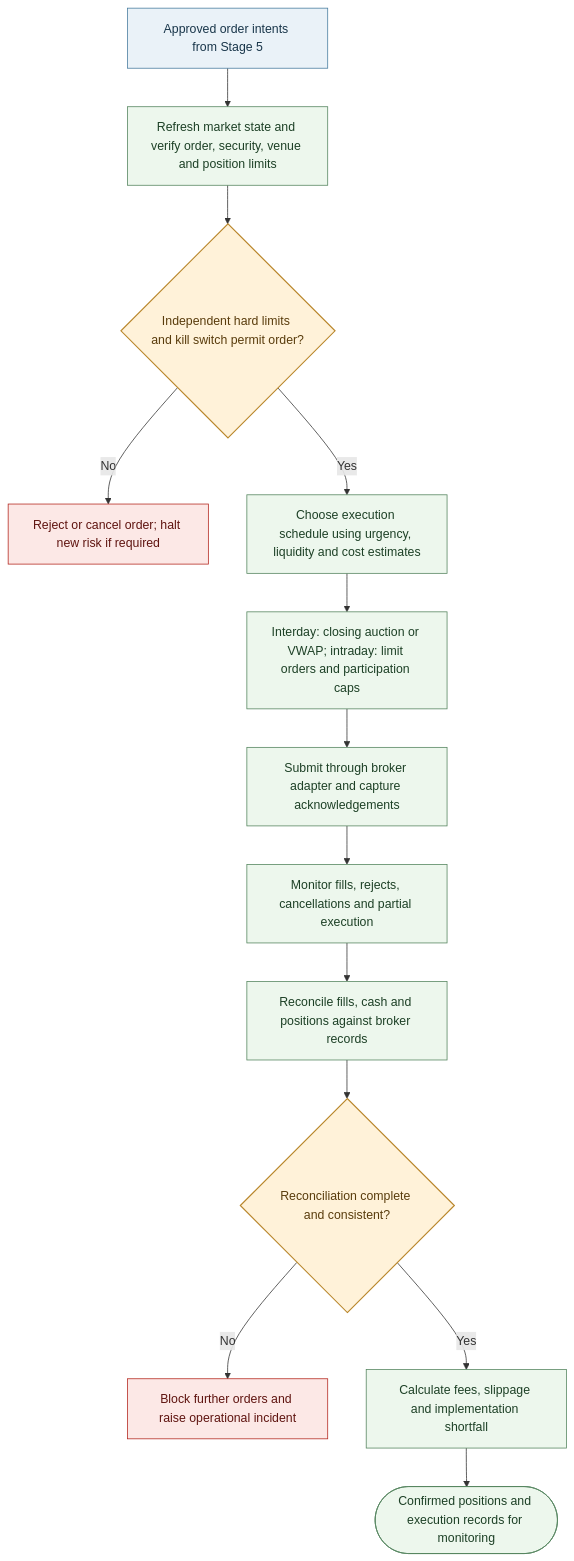
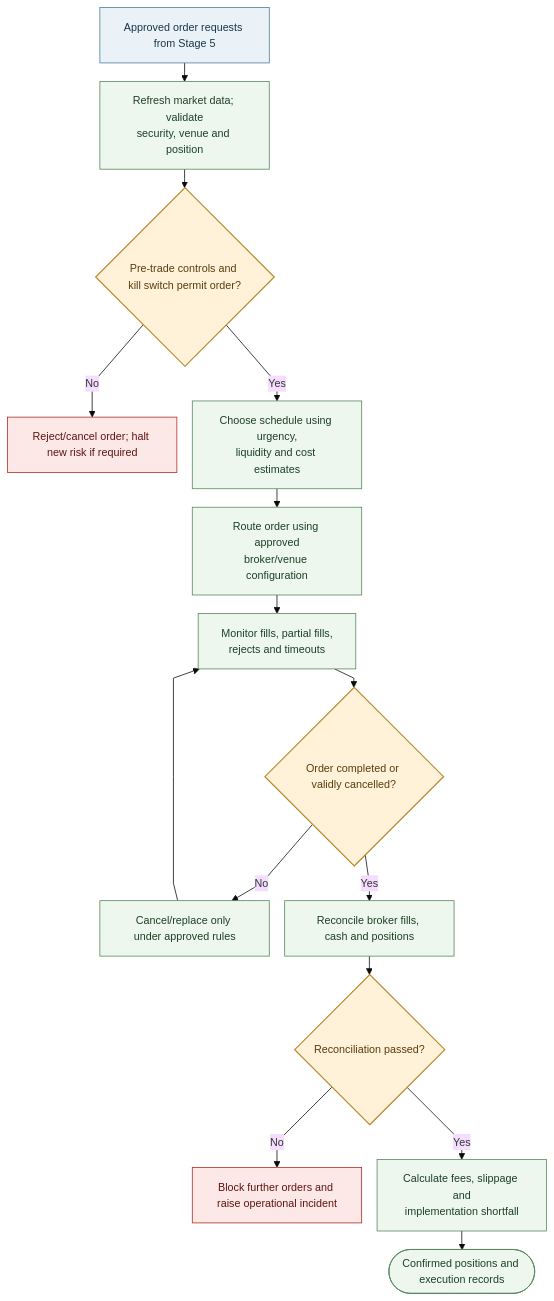
One commit to dannysilverio6-creator/AQP---LSEG changed diagram 13 of 15 in AQP OVERVIEW.md. Above: the diagram before and after it, drawn with Mermaid. The commit also changed other lines of this file, not shown here.

````diff
--- a/AQP OVERVIEW.md
+++ b/AQP OVERVIEW.md
@@ -769,24 +824,26 @@
 ```mermaid
+%%{init: {"theme": "base", "flowchart": {"nodeSpacing": 20, "rankSpacing": 24, "wrappingWidth": 160, "diagramPadding": 24, "curve": "linear"}, "themeVariables": {"fontSize": "14px"}}}%%
 flowchart TB
-    A[Approved order intents from Stage 5] --> B[Refresh market state and verify order, security, venue and position limits]
-    B --> C{Independent hard limits and kill switch permit order?}
-    C -->|No| X[Reject or cancel order; halt new risk if required]
-    C -->|Yes| D[Choose execution schedule using urgency, liquidity and cost estimates]
-    D --> E[Interday: closing auction or VWAP; intraday: limit orders and participation caps]
-    E --> F[Submit through broker adapter and capture acknowledgements]
-    F --> G[Monitor fills, rejects, cancellations and partial execution]
-    G --> H[Reconcile fills, cash and positions against broker records]
-    H --> I{Reconciliation complete and consistent?}
-    I -->|No| Y[Block further orders and raise operational incident]
-    I -->|Yes| J[Calculate fees, slippage and implementation shortfall]
-    J --> K([Confirmed positions and execution records for monitoring])
-
+    A[Approved order requests from Stage 5] --> B["Refresh market data; validate<br/>security, venue and position"]
+    B --> C{Pre-trade controls and kill switch permit order?}
+    C -->|No| X[Reject/cancel order; halt new risk if required]
+    C -->|Yes| D["Choose schedule using urgency,<br/>liquidity and cost estimates"]
+    D --> E["Route order using approved<br/>broker/venue configuration"]
+    E --> F["Monitor fills, partial fills,<br/>rejects and timeouts"]
+    F --> G{Order completed or validly cancelled?}
+    G -->|No| H[Cancel/replace only under approved rules]
+    H --> F
+    G -->|Yes| I[Reconcile broker fills, cash and positions]
+    I --> J{Reconciliation passed?}
+    J -->|No| Y[Block further orders and raise operational incident]
+    J -->|Yes| K["Calculate fees, slippage and<br/>implementation shortfall"]
+    K --> L([Confirmed positions and execution records])
     classDef input fill:#eaf2f8,stroke:#477b9e,color:#19364a;
     classDef process fill:#edf7ed,stroke:#54845e,color:#1d4026;
     classDef gate fill:#fff2d9,stroke:#b9862b,color:#593c0c,stroke-width:1.5px;
     classDef stop fill:#fce8e6,stroke:#b3261e,color:#5f1410;
     class A input;
-    class B,D,E,F,G,H,J,K process;
-    class C,I gate;
+    class B,D,E,F,H,I,K,L process;
+    class C,G,J gate;
     class X,Y stop;
 ```
````
